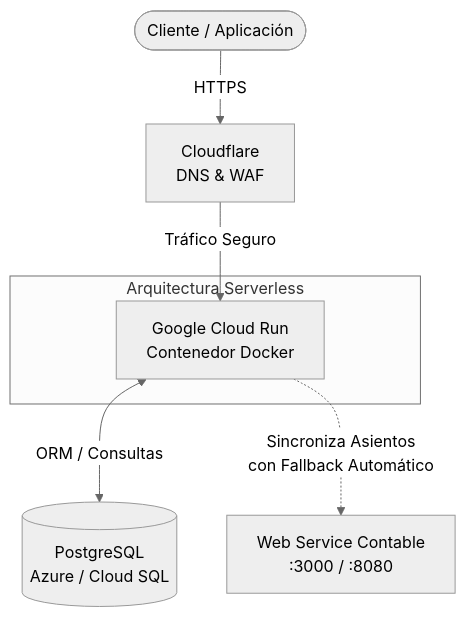
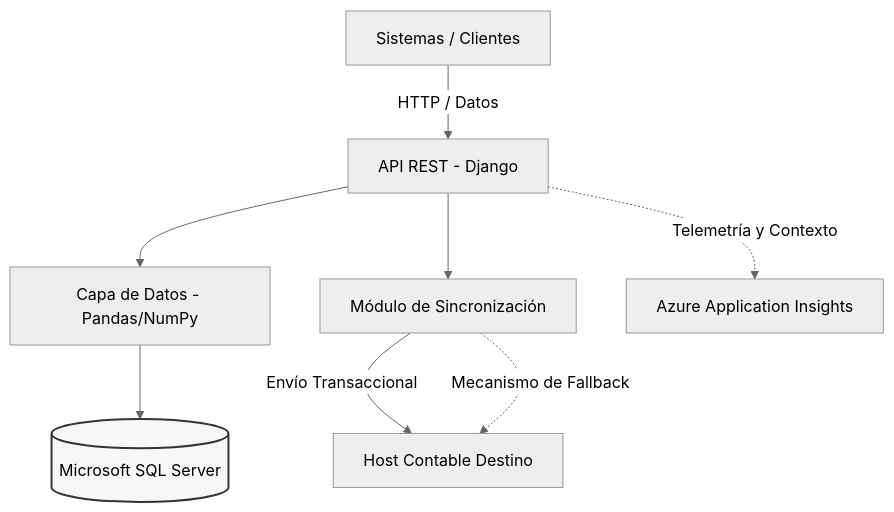
One commit to JustSidus/python-accounting-integration changed the diagram in README.md. Above: the diagram before and after it, drawn with Mermaid (neutral theme). The commit also changed other lines of this file, not shown here.

````diff
--- a/README.md
+++ b/README.md
@@ -11,12 +17,16 @@
 ```mermaid
 graph TD
-    Client([Cliente / Aplicación]) -->|HTTPS| CF[Cloudflare<br>DNS & WAF]
-    CF -->|Tráfico Seguro| GCR[Google Cloud Run<br>Contenedor Docker]
+    Client[Sistemas / Clientes] -->|HTTP / Datos| Django[API REST - Django]
+    Django --> Transform[Capa de Datos - Pandas/NumPy]
+    Transform --> DB[(Microsoft SQL Server)]
     
-    subgraph Backend [Arquitectura Serverless]
-        GCR
-    end
+    Django --> Sync[Módulo de Sincronización]
+    Sync -->|Envío Transaccional| Host[Host Contable Destino]
+    Sync -.->|Mecanismo de Fallback| Host
     
-    GCR <-->|ORM / Consultas| DB[(PostgreSQL<br>Azure / Cloud SQL)]
-    GCR -.->|Sincroniza Asientos<br>con Fallback Automático| WS[Web Service Contable<br>:3000 / :8080]
+    %% Observabilidad
+    Django -.->|Telemetría y Contexto| Azure[Azure Application Insights]
+    
+    classDef database fill:#f9f6f6,stroke:#333,stroke-width:2px;
+    class DB database;
 ```
````
